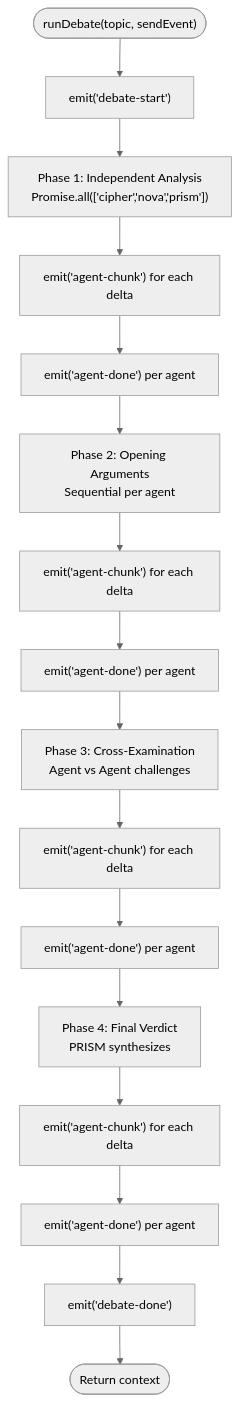
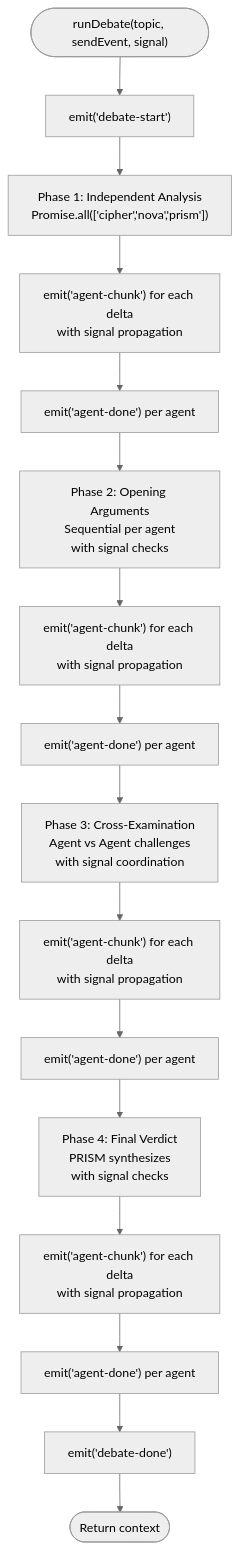
The fourth of 7 diagrams in .qoder/repowiki/en/content/AI Debate Engine/Real-Time Streaming Architecture.md (RunTimeAdmin/tri-ai), drawn with Mermaid (neutral theme) before and after one commit. The commit also changed other lines of this file and 40 other files, not shown here.

````diff
--- a/.qoder/repowiki/en/content/AI Debate Engine/Real-Time Streaming Architecture.md
+++ b/.qoder/repowiki/en/content/AI Debate Engine/Real-Time Streaming Architecture.md
@@ -184,18 +187,18 @@
 ```mermaid
 flowchart TD
-Start(["runDebate(topic, sendEvent)"]) --> EmitStart["emit('debate-start')"]
+Start(["runDebate(topic, sendEvent, signal)"]) --> EmitStart["emit('debate-start')"]
 EmitStart --> Phase1["Phase 1: Independent Analysis<br/>Promise.all(['cipher','nova','prism'])"]
-Phase1 --> P1Chunks["emit('agent-chunk') for each delta"]
+Phase1 --> P1Chunks["emit('agent-chunk') for each delta<br/>with signal propagation"]
 P1Chunks --> P1Done["emit('agent-done') per agent"]
-P1Done --> Phase2["Phase 2: Opening Arguments<br/>Sequential per agent"]
-Phase2 --> P2Chunks["emit('agent-chunk') for each delta"]
+P1Done --> Phase2["Phase 2: Opening Arguments<br/>Sequential per agent<br/>with signal checks"]
+Phase2 --> P2Chunks["emit('agent-chunk') for each delta<br/>with signal propagation"]
 P2Chunks --> P2Done["emit('agent-done') per agent"]
-P2Done --> Phase3["Phase 3: Cross-Examination<br/>Agent vs Agent challenges"]
-Phase3 --> P3Chunks["emit('agent-chunk') for each delta"]
+P2Done --> Phase3["Phase 3: Cross-Examination<br/>Agent vs Agent challenges<br/>with signal coordination"]
+Phase3 --> P3Chunks["emit('agent-chunk') for each delta<br/>with signal propagation"]
 P3Chunks --> P3Done["emit('agent-done') per agent"]
-P3Done --> Phase4["Phase 4: Final Verdict<br/>PRISM synthesizes"]
-Phase4 --> P4Chunks["emit('agent-chunk') for each delta"]
+P3Done --> Phase4["Phase 4: Final Verdict<br/>PRISM synthesizes<br/>with signal checks"]
+Phase4 --> P4Chunks["emit('agent-chunk') for each delta<br/>with signal propagation"]
 P4Chunks --> P4Done["emit('agent-done') per agent"]
 P4Done --> EmitDone["emit('debate-done')"]
 EmitDone --> End(["Return context"])
 ```
````
